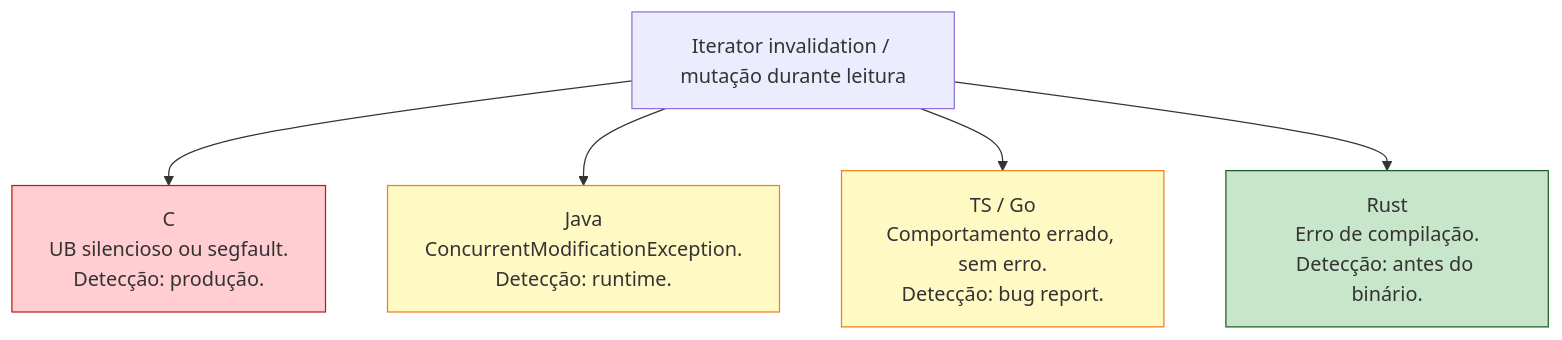
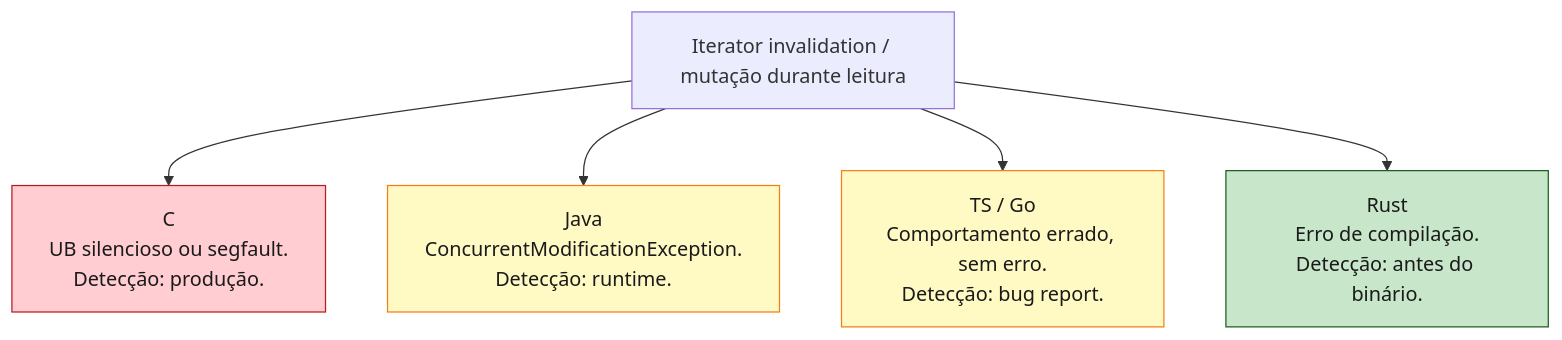
One commit to Felipeness/ferro-e-espirito changed the fourth of 5 diagrams in book/part-04-ownership/ch11-borrowing.md. Above: the diagram before and after it, drawn with Mermaid. The commit also changed other lines of this file and 56 other files, not shown here.

First line of the commit message:
fix: contraste de texto em diagramas mermaid

````diff
--- a/book/part-04-ownership/ch11-borrowing.md
+++ b/book/part-04-ownership/ch11-borrowing.md
@@ -582,14 +582,14 @@
 ```mermaid
 graph TB
     Bug[Iterator invalidation / mutação durante leitura]
 
     Bug --> CHandling["C<br/>UB silencioso ou segfault.<br/>Detecção: produção."]
     Bug --> JavaHandling["Java<br/>ConcurrentModificationException.<br/>Detecção: runtime."]
     Bug --> TSHandling["TS / Go<br/>Comportamento errado, sem erro.<br/>Detecção: bug report."]
     Bug --> RustHandling["Rust<br/>Erro de compilação.<br/>Detecção: antes do binário."]
 
-    style CHandling fill:#ffcdd2,stroke:#b71c1c
-    style JavaHandling fill:#fff9c4,stroke:#f57f17
-    style TSHandling fill:#fff9c4,stroke:#f57f17
-    style RustHandling fill:#c8e6c9,stroke:#1b5e20
+    style CHandling fill:#ffcdd2,stroke:#b71c1c,color:#1a1a1a
+    style JavaHandling fill:#fff9c4,stroke:#f57f17,color:#1a1a1a
+    style TSHandling fill:#fff9c4,stroke:#f57f17,color:#1a1a1a
+    style RustHandling fill:#c8e6c9,stroke:#1b5e20,color:#1a1a1a
 ```
````
